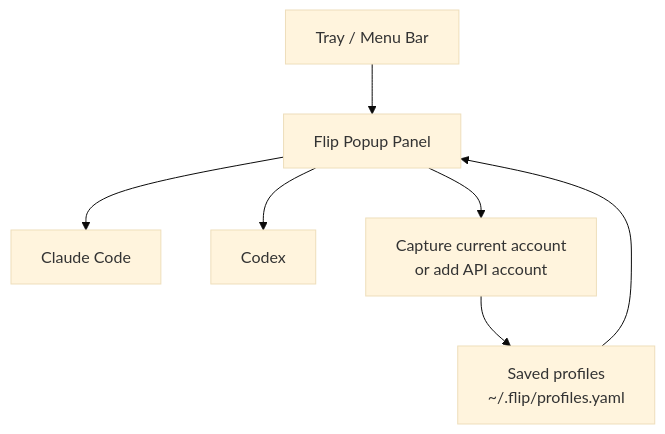
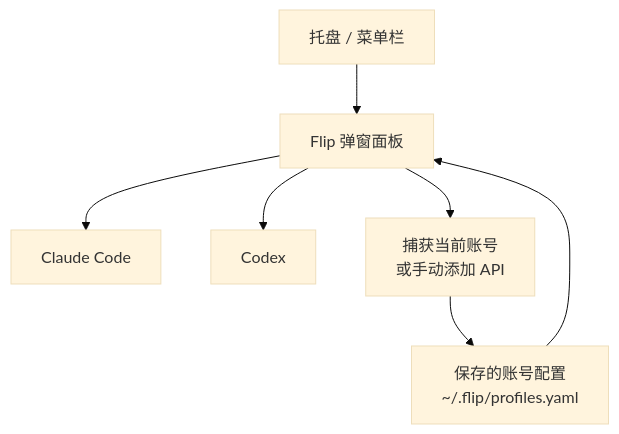
The diagram in README.md (JeasonKim/flip), drawn with Mermaid (base theme) before and after one commit. The commit also changed other lines of this file and 2 other files, not shown here.

````diff
--- a/README.md
+++ b/README.md
@@ -33,16 +33,16 @@
 ```mermaid
 flowchart TD
-    Tray[Tray / Menu Bar]
-    Popup[Flip Popup Panel]
+    Tray[托盘 / 菜单栏]
+    Popup[Flip 弹窗面板]
     Claude[Claude Code]
     Codex[Codex]
-    Capture[Capture current account<br/>or add API account]
-    Profiles[Saved profiles<br/>~/.flip/profiles.yaml]
+    Capture[捕获当前账号<br/>或手动添加 API]
+    Profiles[保存的账号配置<br/>~/.flip/profiles.yaml]
 
     Tray --> Popup
     Popup --> Claude
     Popup --> Codex
     Popup --> Capture
     Capture --> Profiles
     Profiles --> Popup
 ```
````
